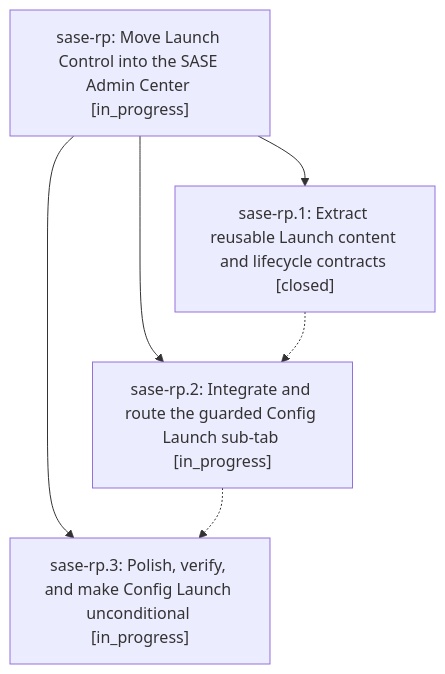
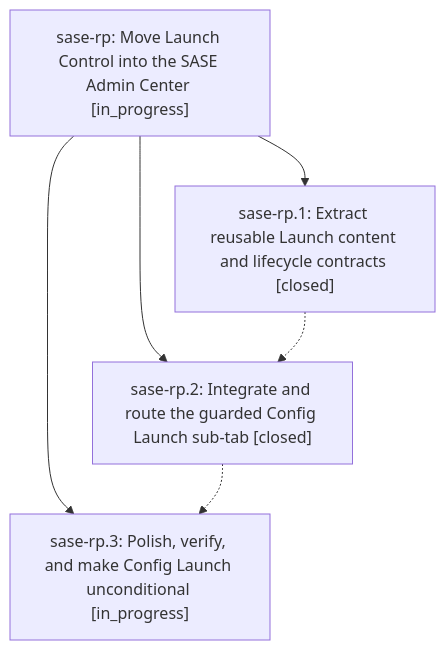
One commit to sase-org/sase--beads changed the diagram in pages/sase-rp/README.md. Above: the diagram before and after it, drawn with Mermaid. The commit also changed other lines of this file and 3 other files, not shown here.

````diff
--- a/pages/sase-rp/README.md
+++ b/pages/sase-rp/README.md
@@ -24,12 +24,12 @@
 ```mermaid
 flowchart TD
     n0["sase-rp: Move Launch Control into the SASE Admin Center [in_progress]"]
     n1["sase-rp.1: Extract reusable Launch content and lifecycle contracts [closed]"]
-    n2["sase-rp.2: Integrate and route the guarded Config Launch sub-tab [in_progress]"]
+    n2["sase-rp.2: Integrate and route the guarded Config Launch sub-tab [closed]"]
     n3["sase-rp.3: Polish, verify, and make Config Launch unconditional [in_progress]"]
     n0 --> n1
     n0 --> n2
     n0 --> n3
     n1 -.-> n2
     n2 -.-> n3
 ```
````
